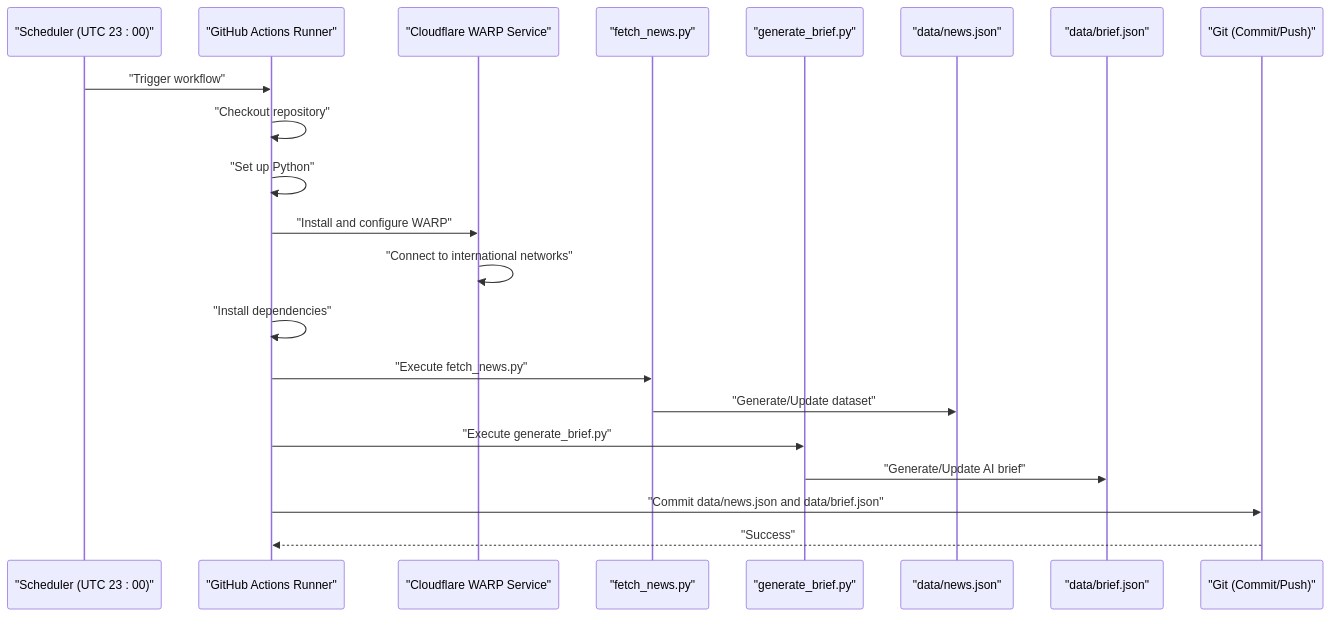
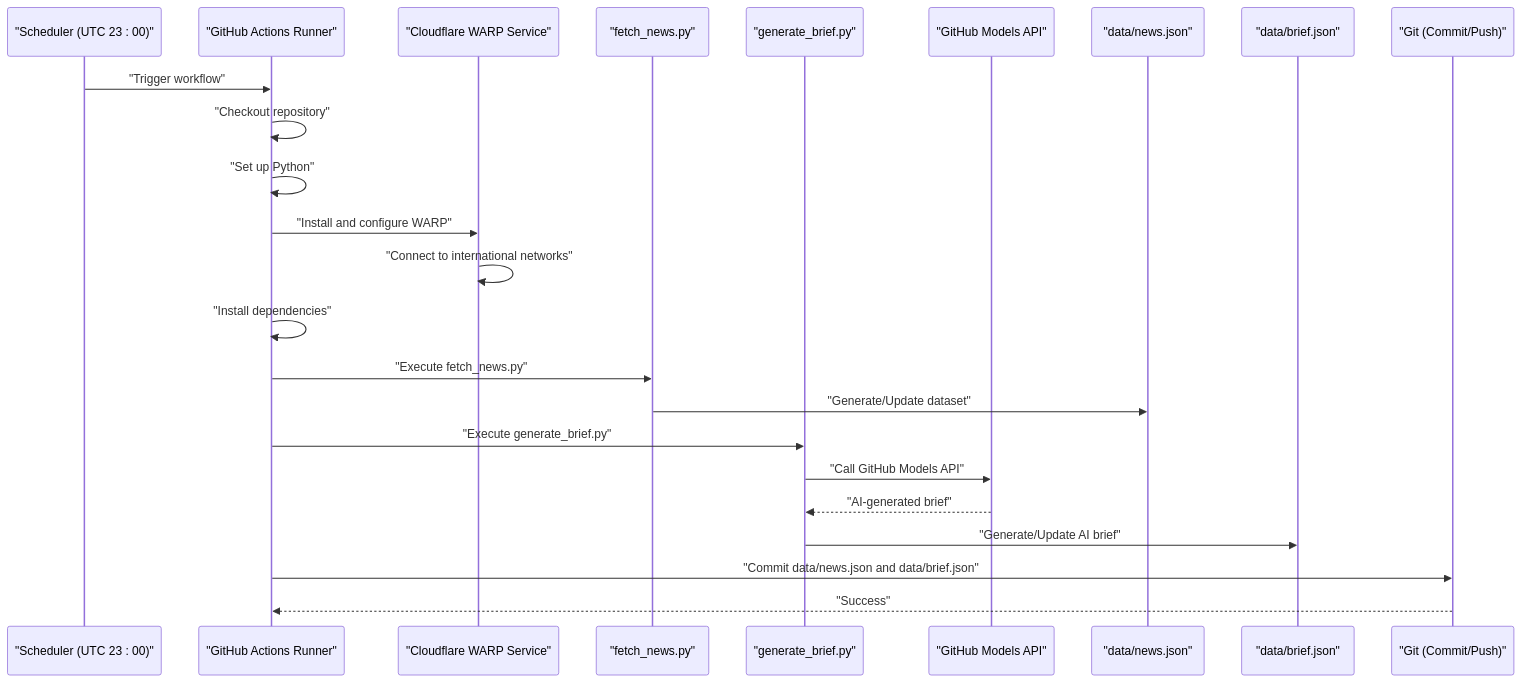
The second of 8 diagrams in .qoder/repowiki/en/content/Deployment & Automation.md (junxie01/daily_news), drawn with Mermaid before and after one commit. The commit also changed other lines of this file and 2 other files, not shown here.

````diff
--- a/.qoder/repowiki/en/content/Deployment & Automation.md
+++ b/.qoder/repowiki/en/content/Deployment & Automation.md
@@ -125,23 +122,26 @@
 ```mermaid
 sequenceDiagram
 participant Scheduler as "Scheduler (UTC 23 : 00)"
 participant Actions as "GitHub Actions Runner"
 participant WARP as "Cloudflare WARP Service"
 participant Fetcher as "fetch_news.py"
 participant BriefGen as "generate_brief.py"
+participant GitHubModels as "GitHub Models API"
 participant NewsData as "data/news.json"
 participant BriefData as "data/brief.json"
 participant VCS as "Git (Commit/Push)"
 Scheduler->>Actions : "Trigger workflow"
 Actions->>Actions : "Checkout repository"
 Actions->>Actions : "Set up Python"
 Actions->>WARP : "Install and configure WARP"
 WARP->>WARP : "Connect to international networks"
 Actions->>Actions : "Install dependencies"
 Actions->>Fetcher : "Execute fetch_news.py"
 Fetcher->>NewsData : "Generate/Update dataset"
 Actions->>BriefGen : "Execute generate_brief.py"
+BriefGen->>GitHubModels : "Call GitHub Models API"
+GitHubModels-->>BriefGen : "AI-generated brief"
 BriefGen->>BriefData : "Generate/Update AI brief"
 Actions->>VCS : "Commit data/news.json and data/brief.json"
 VCS-->>Actions : "Success"
 ```
````
